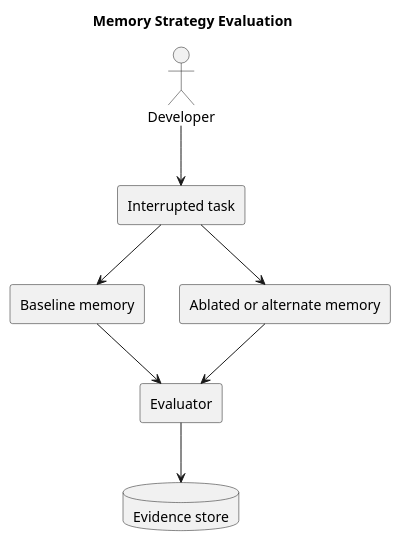
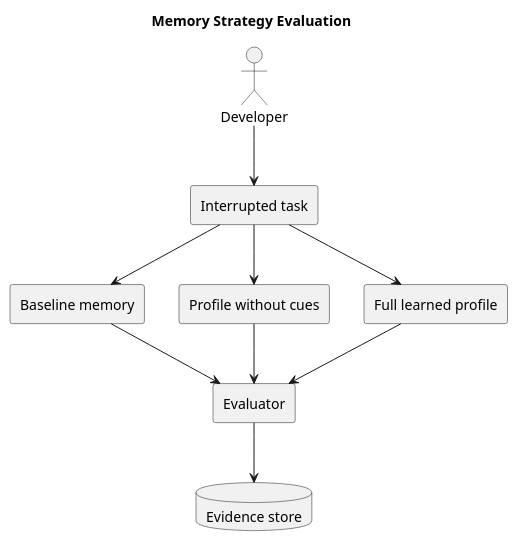
The diagram in docs/PRD.md (bprager/MemoryVault), drawn with PlantUML before and after one commit. The commit also changed other lines of this file and 38 other files, not shown here.

````diff
--- a/docs/PRD.md
+++ b/docs/PRD.md
@@ -136,19 +157,22 @@
 ```plantuml
 @startuml
 title Memory Strategy Evaluation
 
 actor Developer
 rectangle "Interrupted task" as Task
 rectangle "Baseline memory" as Baseline
-rectangle "Ablated or alternate memory" as Variant
+rectangle "Profile without cues" as NoCue
+rectangle "Full learned profile" as Variant
 rectangle "Evaluator" as Evaluator
 database "Evidence store" as Evidence
 
 Developer --> Task
 Task --> Baseline
+Task --> NoCue
 Task --> Variant
 Baseline --> Evaluator
+NoCue --> Evaluator
 Variant --> Evaluator
 Evaluator --> Evidence
 @enduml
 ```
````
